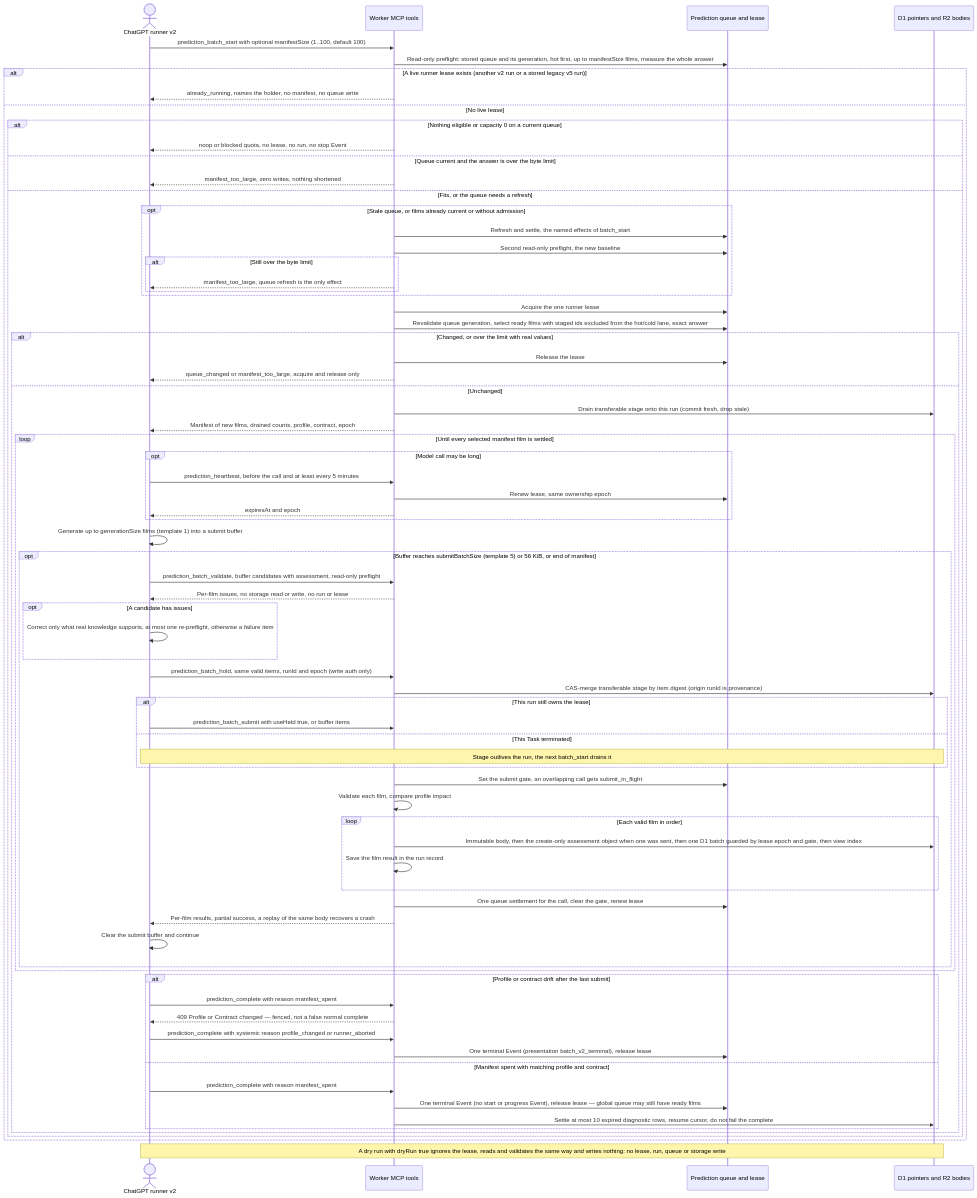
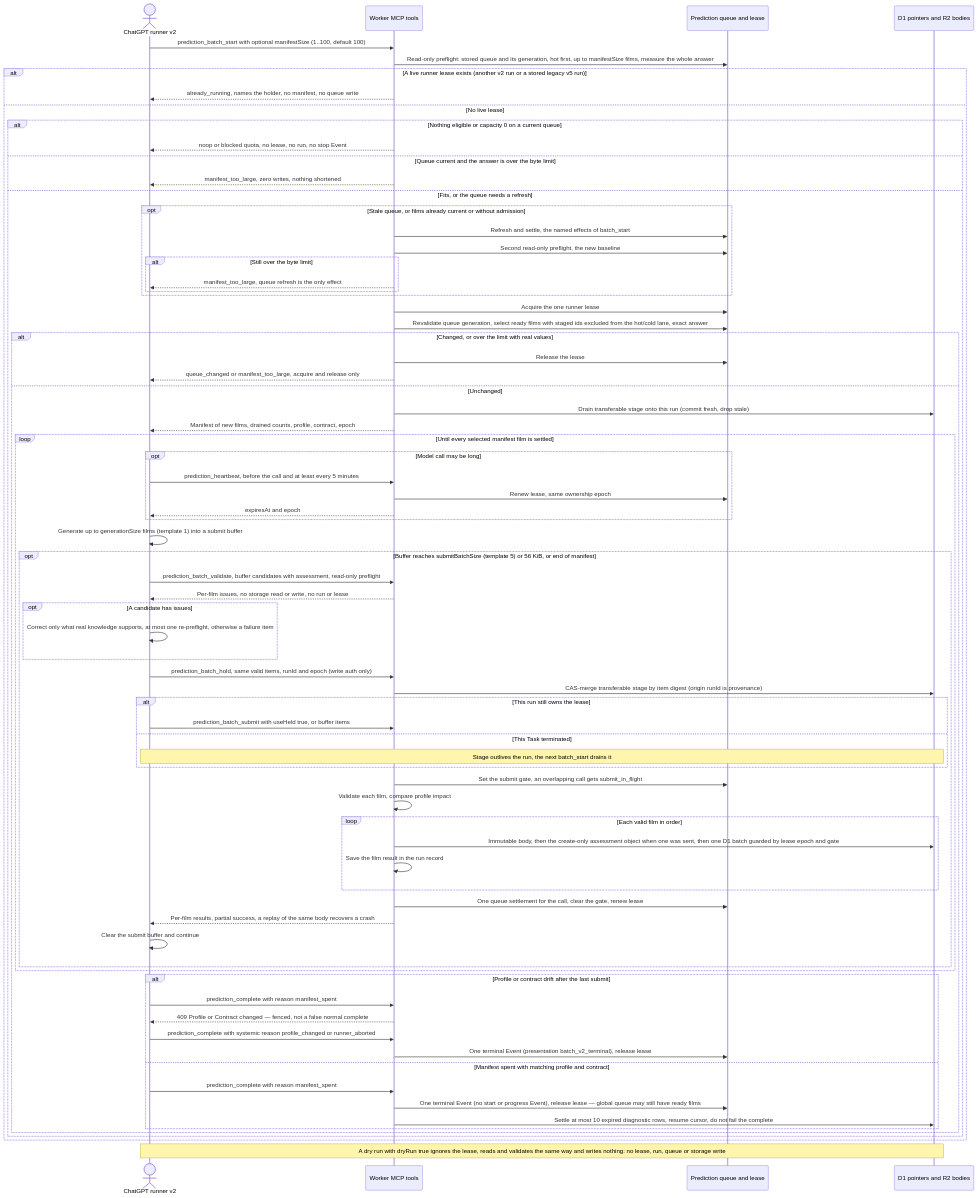
One commit to vladimino/iptv-watchlist changed the first of 3 diagrams in docs/architecture/prediction-pipeline.md. Above: the diagram before and after it, drawn with Mermaid. The commit also changed other lines of this file and 154 other files, not shown here.

First line of the commit message:
AIR-558: retire VIEW_INDEX_SOURCE, the raw view-index read path and its writers (#865)

````diff
--- a/docs/architecture/prediction-pipeline.md
+++ b/docs/architecture/prediction-pipeline.md
@@ -19,77 +19,77 @@
 ```mermaid
 sequenceDiagram
     actor Client as ChatGPT runner v2
     participant MCP as Worker MCP tools
     participant Queue as Prediction queue and lease
     participant Store as D1 pointers and R2 bodies
     Client->>MCP: prediction_batch_start with optional manifestSize (1..100, default 100)
     MCP->>Queue: Read-only preflight: stored queue and its generation, hot first, up to manifestSize films, measure the whole answer
     alt A live runner lease exists (another v2 run or a stored legacy v5 run)
         MCP-->>Client: already_running, names the holder, no manifest, no queue write
     else No live lease
         alt Nothing eligible or capacity 0 on a current queue
             MCP-->>Client: noop or blocked quota, no lease, no run, no stop Event
         else Queue current and the answer is over the byte limit
             MCP-->>Client: manifest_too_large, zero writes, nothing shortened
         else Fits, or the queue needs a refresh
             opt Stale queue, or films already current or without admission
                 MCP->>Queue: Refresh and settle, the named effects of batch_start
                 MCP->>Queue: Second read-only preflight, the new baseline
                 alt Still over the byte limit
                     MCP-->>Client: manifest_too_large, queue refresh is the only effect
                 end
             end
             MCP->>Queue: Acquire the one runner lease
             MCP->>Queue: Revalidate queue generation, select ready films with staged ids excluded from the hot/cold lane, exact answer
             alt Changed, or over the limit with real values
                 MCP->>Queue: Release the lease
                 MCP-->>Client: queue_changed or manifest_too_large, acquire and release only
             else Unchanged
                 MCP->>Store: Drain transferable stage onto this run (commit fresh, drop stale)
                 MCP-->>Client: Manifest of new films, drained counts, profile, contract, epoch
                 loop Until every selected manifest film is settled
                     opt Model call may be long
                         Client->>MCP: prediction_heartbeat, before the call and at least every 5 minutes
                         MCP->>Queue: Renew lease, same ownership epoch
                         MCP-->>Client: expiresAt and epoch
                     end
                     Client->>Client: Generate up to generationSize films (template 1) into a submit buffer
                     opt Buffer reaches submitBatchSize (template 5) or 56 KiB, or end of manifest
                         Client->>MCP: prediction_batch_validate, buffer candidates with assessment, read-only preflight
                         MCP-->>Client: Per-film issues, no storage read or write, no run or lease
                         opt A candidate has issues
                             Client->>Client: Correct only what real knowledge supports, at most one re-preflight, otherwise a failure item
                         end
                         Client->>MCP: prediction_batch_hold, same valid items, runId and epoch (write auth only)
                         MCP->>Store: CAS-merge transferable stage by item digest (origin runId is provenance)
                         alt This run still owns the lease
                             Client->>MCP: prediction_batch_submit with useHeld true, or buffer items
                         else This Task terminated
                             Note over Client,Store: Stage outlives the run, the next batch_start drains it
                         end
                         MCP->>Queue: Set the submit gate, an overlapping call gets submit_in_flight
                         MCP->>MCP: Validate each film, compare profile impact
                         loop Each valid film in order
-                            MCP->>Store: Immutable body, then the create-only assessment object when one was sent, then one D1 batch guarded by lease epoch and gate, then view index
+                            MCP->>Store: Immutable body, then the create-only assessment object when one was sent, then one D1 batch guarded by lease epoch and gate
                             MCP->>MCP: Save the film result in the run record
                         end
                         MCP->>Queue: One queue settlement for the call, clear the gate, renew lease
                         MCP-->>Client: Per-film results, partial success, a replay of the same body recovers a crash
                         Client->>Client: Clear the submit buffer and continue
                     end
                 end
                 alt Profile or contract drift after the last submit
                     Client->>MCP: prediction_complete with reason manifest_spent
                     MCP-->>Client: 409 Profile or Contract changed — fenced, not a false normal complete
                     Client->>MCP: prediction_complete with systemic reason profile_changed or runner_aborted
                     MCP->>Queue: One terminal Event (presentation batch_v2_terminal), release lease
                 else Manifest spent with matching profile and contract
                     Client->>MCP: prediction_complete with reason manifest_spent
                     MCP->>Queue: One terminal Event (no start or progress Event), release lease — global queue may still have ready films
                     MCP->>Store: Settle at most 10 expired diagnostic rows, resume cursor, do not fail the complete
                 end
             end
         end
     end
     Note over Client,Store: A dry run with dryRun true ignores the lease, reads and validates the same way and writes nothing: no lease, run, queue or storage write
 ```
````
